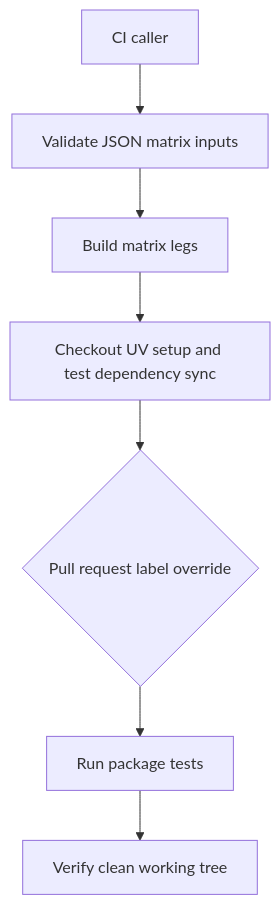
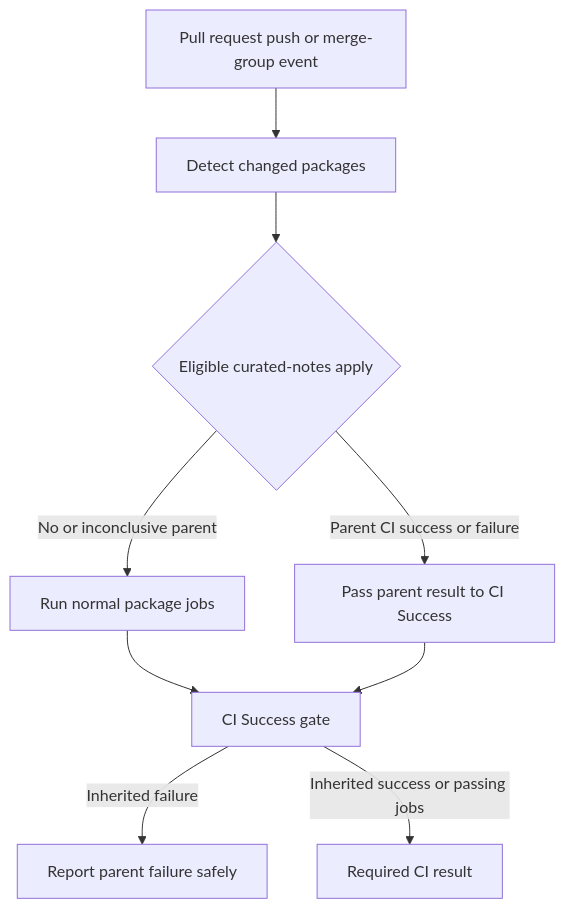
Before and after one commit to langchain-ai/deepagents: the first of 2 diagrams in openwiki/operations/ci-labeling.md, drawn with Mermaid. The commit also changed other lines of this file and 35 other files, not shown here.

````diff
--- a/openwiki/operations/ci-labeling.md
+++ b/openwiki/operations/ci-labeling.md
@@ -49,9 +51,11 @@
 ```mermaid
 flowchart TD
-    Caller["CI caller"] --> Validate["Validate JSON matrix inputs"]
-    Validate --> Matrix["Build matrix legs"]
-    Matrix --> Setup["Checkout UV setup and test dependency sync"]
-    Setup --> Bypass{"Pull request label override"}
-    Bypass --> Tests["Run package tests"]
-    Tests --> Clean["Verify clean working tree"]
+    Event["Pull request push or merge-group event"] --> Changes["Detect changed packages"]
+    Changes --> Curated{"Eligible curated-notes apply"}
+    Curated -->|"No or inconclusive parent"| Jobs["Run normal package jobs"]
+    Curated -->|"Parent CI success or failure"| Parent["Pass parent result to CI Success"]
+    Jobs --> Gate["CI Success gate"]
+    Parent --> Gate
+    Gate -->|"Inherited failure"| Diagnostic["Report parent failure safely"]
+    Gate -->|"Inherited success or passing jobs"| Success["Required CI result"]
 ```
````
